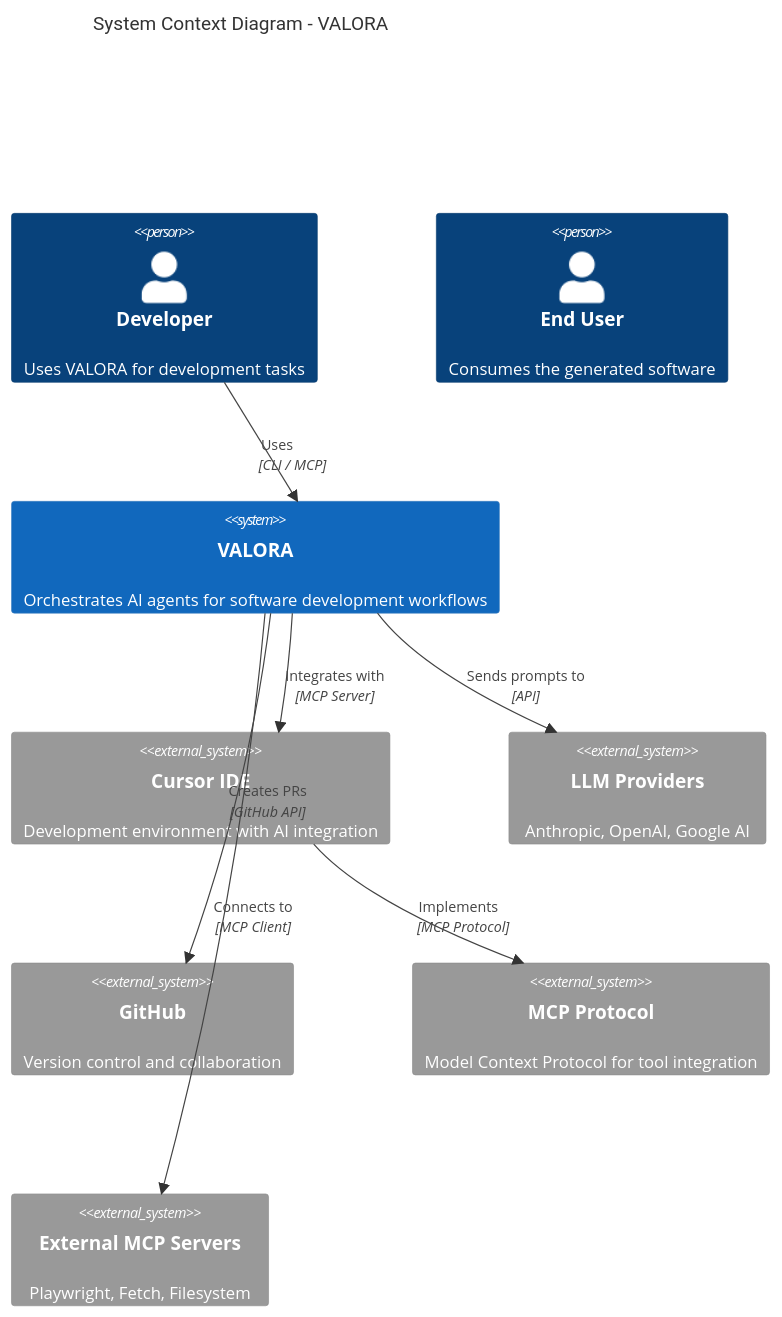
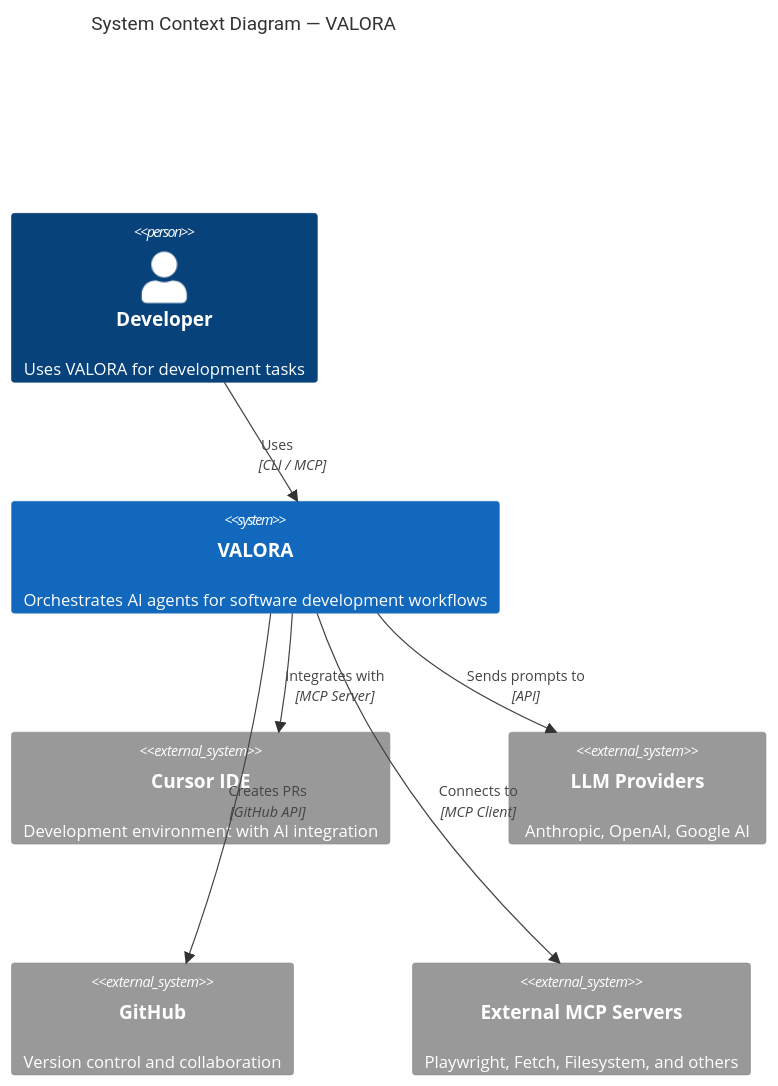
The first of 2 diagrams in documentation/README.md (windagency/valora.ai), drawn with Mermaid before and after one commit. The commit also changed other lines of this file and 46 other files, not shown here.

````diff
--- a/documentation/README.md
+++ b/documentation/README.md
@@ -33,22 +27,19 @@
 ```mermaid
 C4Context
-    title System Context Diagram - VALORA
+    title System Context Diagram — VALORA
 
     Person(developer, "Developer", "Uses VALORA for development tasks")
-    Person(user, "End User", "Consumes the generated software")
 
     System(orchestrator, "VALORA", "Orchestrates AI agents for software development workflows")
 
     System_Ext(cursor, "Cursor IDE", "Development environment with AI integration")
     System_Ext(llm_providers, "LLM Providers", "Anthropic, OpenAI, Google AI")
     System_Ext(github, "GitHub", "Version control and collaboration")
-    System_Ext(mcp, "MCP Protocol", "Model Context Protocol for tool integration")
-    System_Ext(ext_mcp, "External MCP Servers", "Playwright, Fetch, Filesystem")
+    System_Ext(ext_mcp, "External MCP Servers", "Playwright, Fetch, Filesystem, and others")
 
     Rel(developer, orchestrator, "Uses", "CLI / MCP")
     Rel(orchestrator, cursor, "Integrates with", "MCP Server")
     Rel(orchestrator, llm_providers, "Sends prompts to", "API")
     Rel(orchestrator, github, "Creates PRs", "GitHub API")
     Rel(orchestrator, ext_mcp, "Connects to", "MCP Client")
-    Rel(cursor, mcp, "Implements", "MCP Protocol")
 ```
````
